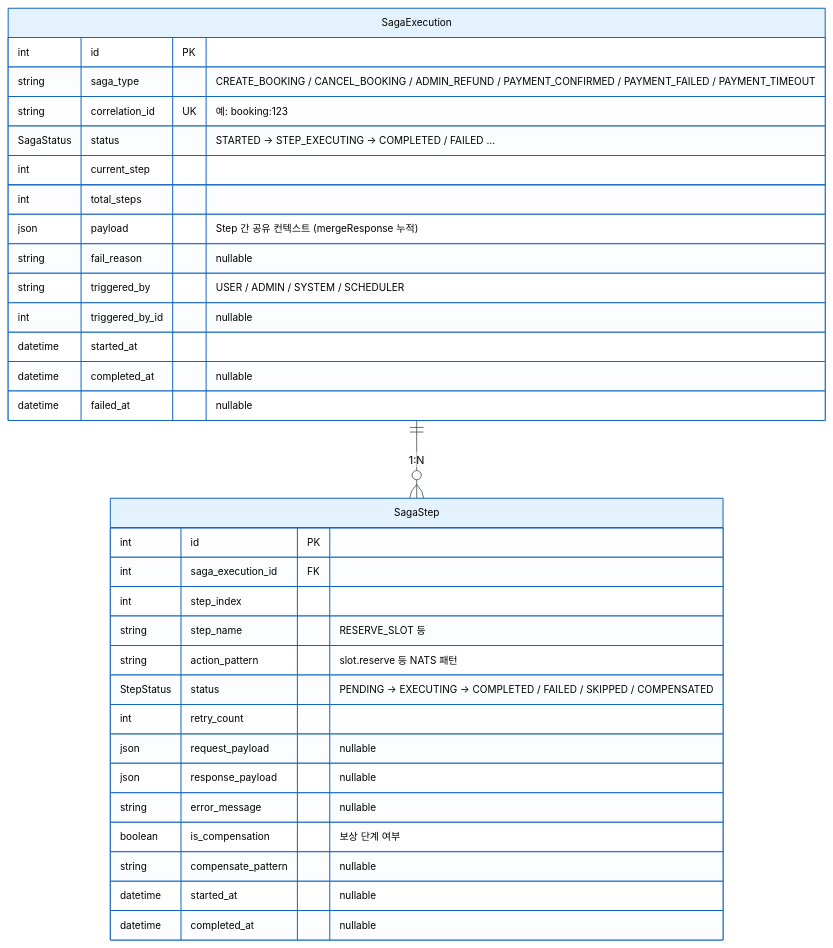
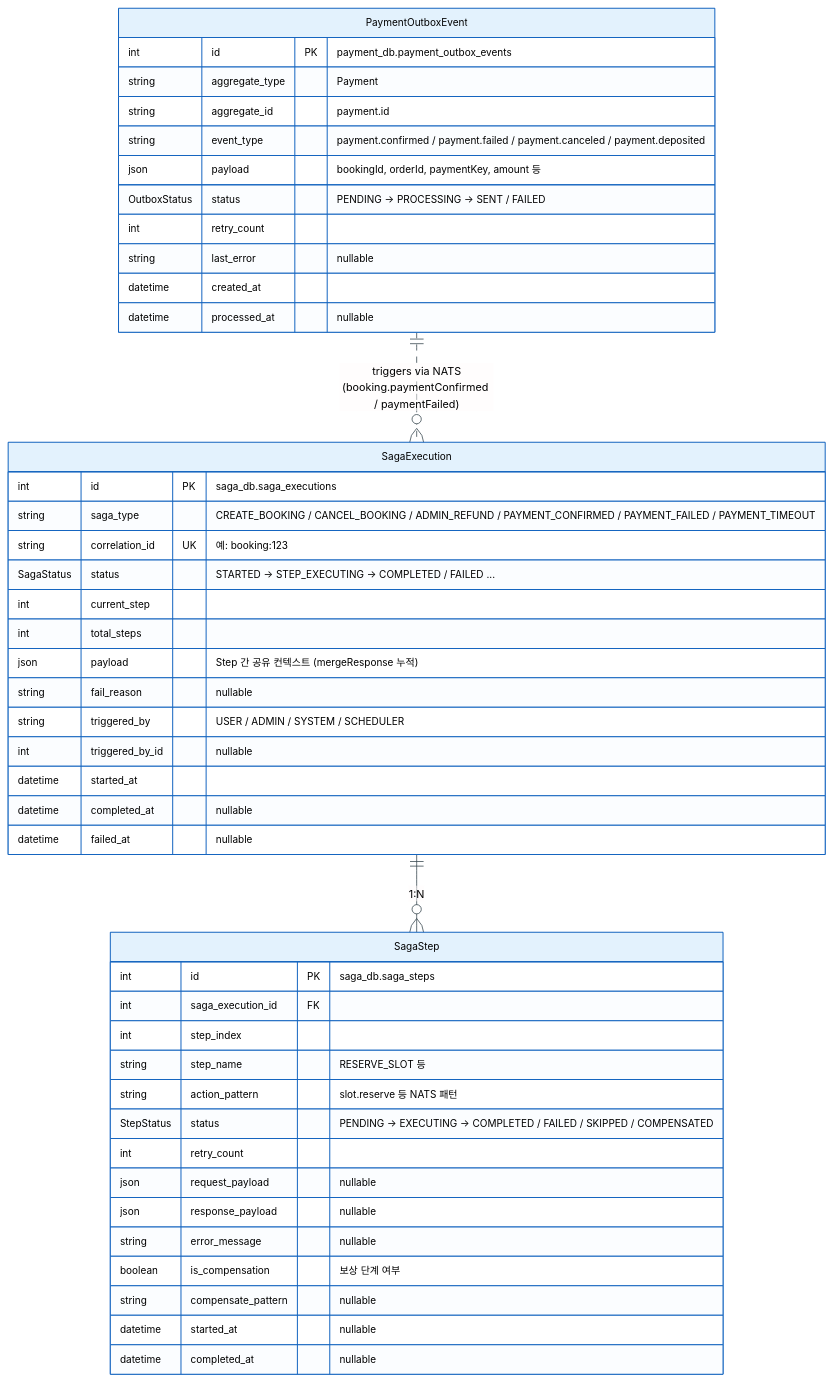
Before and after one commit to uniyous/parkgolf-platform: the third of 4 diagrams in docs/workflow/SAGA.md, drawn with Mermaid. The commit also changed other lines of this file, not shown here.

First line of the commit message:
docs(SAGA): 데이터 모델에 payment_db.payment_outbox_events 포함

````diff
--- a/docs/workflow/SAGA.md
+++ b/docs/workflow/SAGA.md
@@ -132,38 +137,52 @@
 ```mermaid
 %%{init: {'theme':'base','themeVariables':{'primaryColor':'#E3F2FD','primaryTextColor':'#000','primaryBorderColor':'#1565C0','lineColor':'#37474F','fontSize':'13px'}}}%%
 erDiagram
     SagaExecution ||--o{ SagaStep : "1:N"
+    PaymentOutboxEvent ||..o{ SagaExecution : "triggers via NATS<br/>(booking.paymentConfirmed / paymentFailed)"
 
     SagaExecution {
-        int id PK
+        int id PK "saga_db.saga_executions"
         string saga_type "CREATE_BOOKING / CANCEL_BOOKING / ADMIN_REFUND / PAYMENT_CONFIRMED / PAYMENT_FAILED / PAYMENT_TIMEOUT"
         string correlation_id UK "예: booking:123"
         SagaStatus status "STARTED → STEP_EXECUTING → COMPLETED / FAILED ..."
         int current_step
         int total_steps
         json payload "Step 간 공유 컨텍스트 (mergeResponse 누적)"
         string fail_reason "nullable"
         string triggered_by "USER / ADMIN / SYSTEM / SCHEDULER"
         int triggered_by_id "nullable"
         datetime started_at
         datetime completed_at "nullable"
         datetime failed_at "nullable"
     }
 
     SagaStep {
-        int id PK
+        int id PK "saga_db.saga_steps"
         int saga_execution_id FK
         int step_index
         string step_name "RESERVE_SLOT 등"
         string action_pattern "slot.reserve 등 NATS 패턴"
         StepStatus status "PENDING → EXECUTING → COMPLETED / FAILED / SKIPPED / COMPENSATED"
         int retry_count
         json request_payload "nullable"
         json response_payload "nullable"
         string error_message "nullable"
         boolean is_compensation "보상 단계 여부"
         string compensate_pattern "nullable"
         datetime started_at "nullable"
         datetime completed_at "nullable"
     }
+
+    PaymentOutboxEvent {
+        int id PK "payment_db.payment_outbox_events"
+        string aggregate_type "Payment"
+        string aggregate_id "payment.id"
+        string event_type "payment.confirmed / payment.failed / payment.canceled / payment.deposited"
+        json payload "bookingId, orderId, paymentKey, amount 등"
+        OutboxStatus status "PENDING → PROCESSING → SENT / FAILED"
+        int retry_count
+        string last_error "nullable"
+        datetime created_at
+        datetime processed_at "nullable"
+    }
 ```
````
